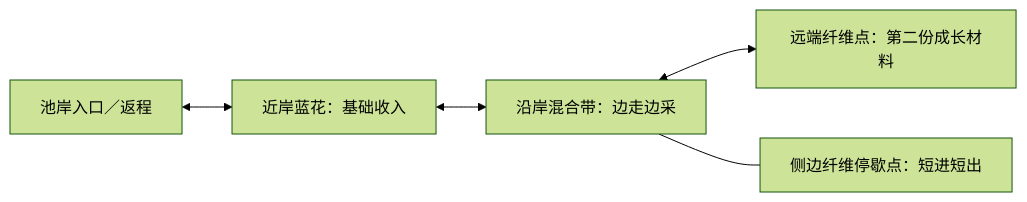
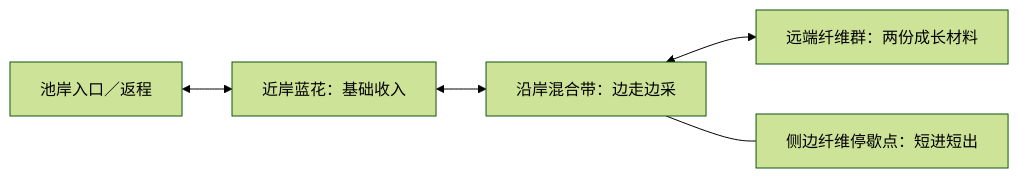
The first of 3 diagrams in docs/design/pond-violet-map-resource-design.md (alanthssss/nameless-becoming), drawn with Mermaid (forest theme) before and after one commit. The commit also changed other lines of this file and 11 other files, not shown here.

Commit message:
Make dense flower and material habitats grow, decay and regenerate

````diff
--- a/docs/design/pond-violet-map-resource-design.md
+++ b/docs/design/pond-violet-map-resource-design.md
@@ -25,7 +25,7 @@
 ```mermaid
 flowchart LR
   P0[池岸入口／返程] <--> P1[近岸蓝花：基础收入]
   P1 <--> P2[沿岸混合带：边走边采]
-  P2 <--> P3[远端纤维点：第二份成长材料]
+  P2 <--> P3[远端纤维群：两份成长材料]
   P2 --- PB[侧边纤维停歇点：短进短出]
 ```
````
